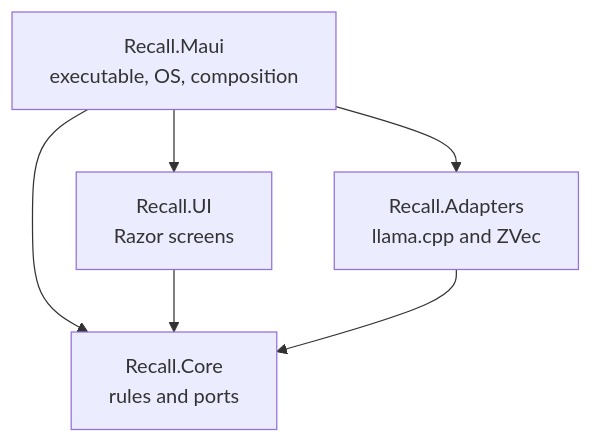
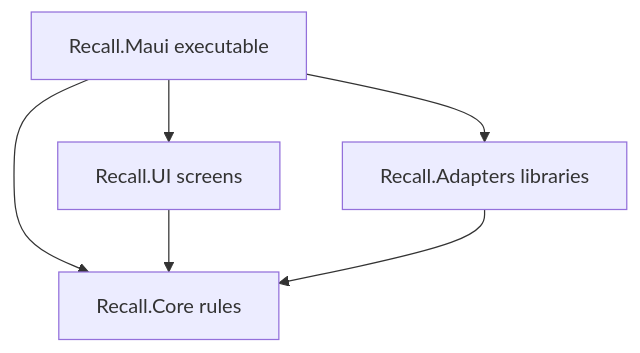
One commit to ahmedSamir50/Recall changed the first of 5 diagrams in docs/architecture/design.md. Above: the diagram before and after it, drawn with Mermaid. The commit also changed other lines of this file and 6 other files, not shown here.

````diff
--- a/docs/architecture/design.md
+++ b/docs/architecture/design.md
@@ -13,12 +5,12 @@
 ```mermaid
 flowchart TB
-  Maui["Recall.Maui\nexecutable, OS, composition"]
-  UI["Recall.UI\nRazor screens"]
-  Adapters["Recall.Adapters\nllama.cpp and ZVec"]
-  Core["Recall.Core\nrules and ports"]
+  Maui[Recall.Maui executable]
+  UI[Recall.UI screens]
+  Adapters[Recall.Adapters libraries]
+  Core[Recall.Core rules]
   Maui --> UI
   Maui --> Adapters
   Maui --> Core
   UI --> Core
   Adapters --> Core
 ```
````
